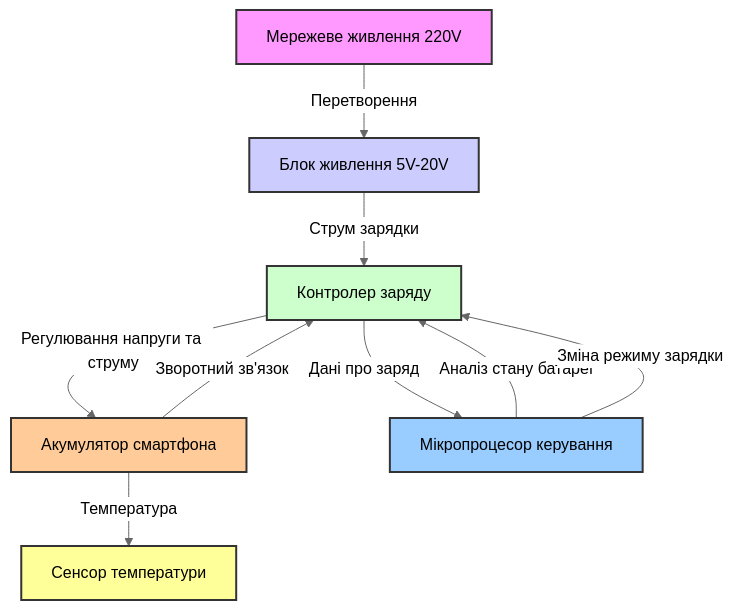
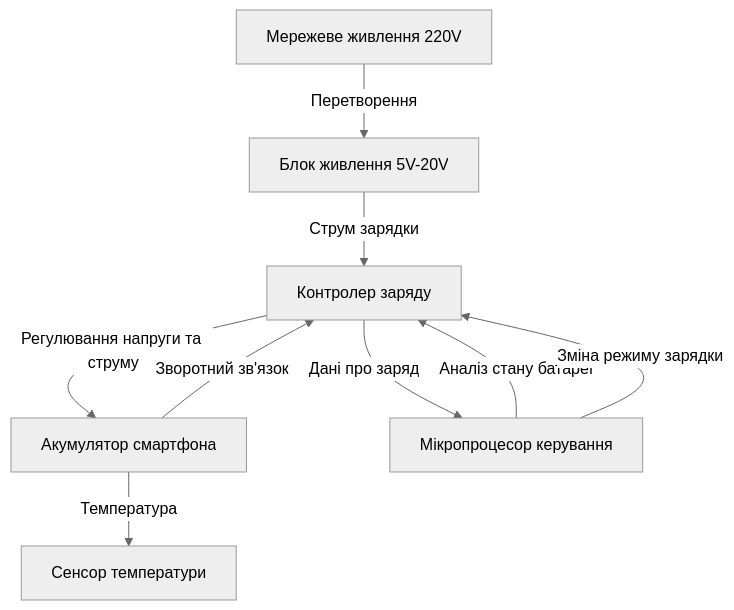
One commit to Bogd-an/psa changed the first of 2 diagrams in 1/ПР1.md. Above: the diagram before and after it, drawn with Mermaid (neutral theme). The commit also changed other lines of this file and 1 other file, not shown here.

````diff
--- a/1/ПР1.md
+++ b/1/ПР1.md
@@ -40,17 +44,12 @@
 ```mermaid
 flowchart TD
   A[Мережеве живлення 220V] -->|Перетворення| B[Блок живлення 5V-20V]
   B -->|Струм зарядки| C[Контролер заряду]
   C -->|Регулювання напруги та струму| D[Акумулятор смартфона]
   D -->|Зворотний зв'язок| C
   D -->|Температура| E[Сенсор температури]
   C -->|Дані про заряд| F[Мікропроцесор керування]
   F -->|Аналіз стану батареї| C
   F -->|Зміна режиму зарядки| C
-  style A fill:#f9f,stroke:#333,stroke-width:2px;
-  style B fill:#ccf,stroke:#333,stroke-width:2px;
-  style C fill:#cfc,stroke:#333,stroke-width:2px;
-  style D fill:#fc9,stroke:#333,stroke-width:2px;
-  style E fill:#ff9,stroke:#333,stroke-width:2px;
-  style F fill:#9cf,stroke:#333,stroke-width:2px;
+
 ```
````
